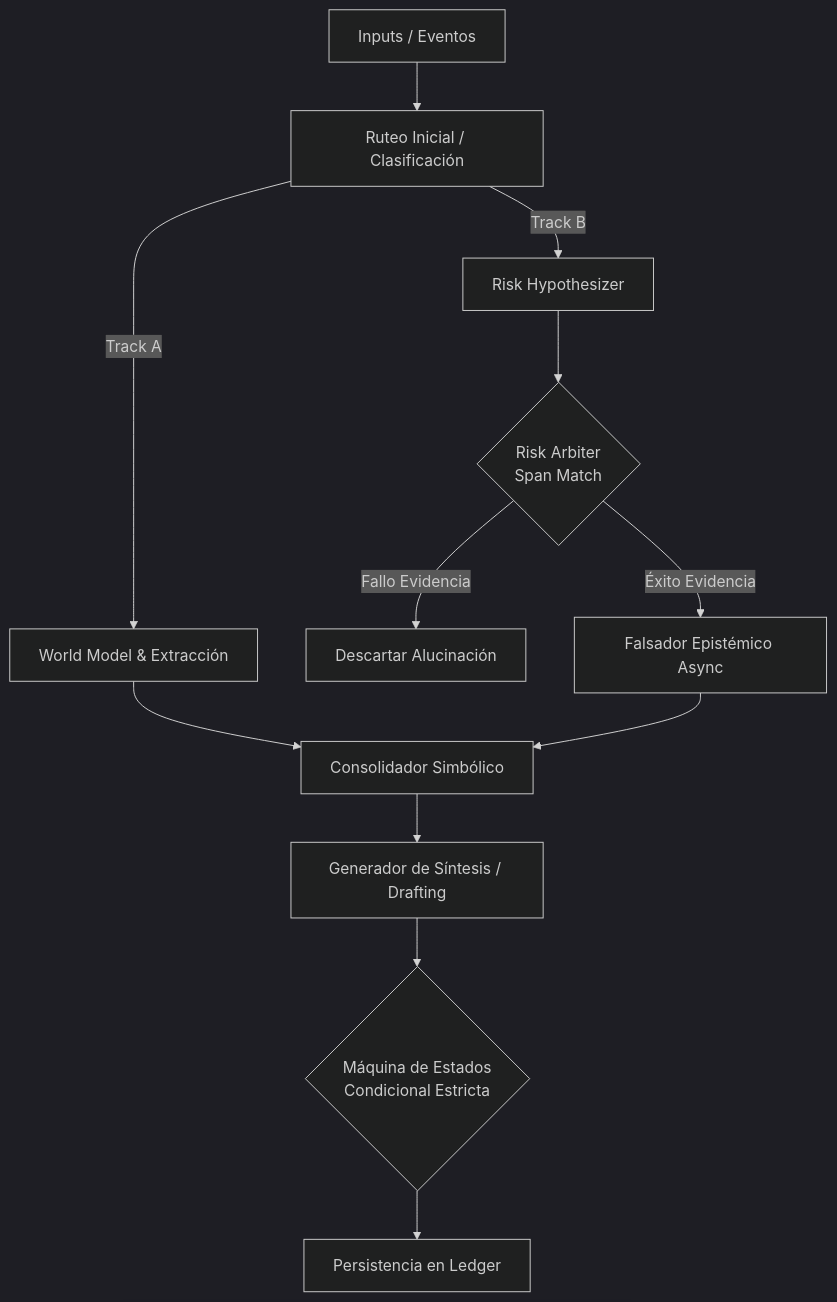
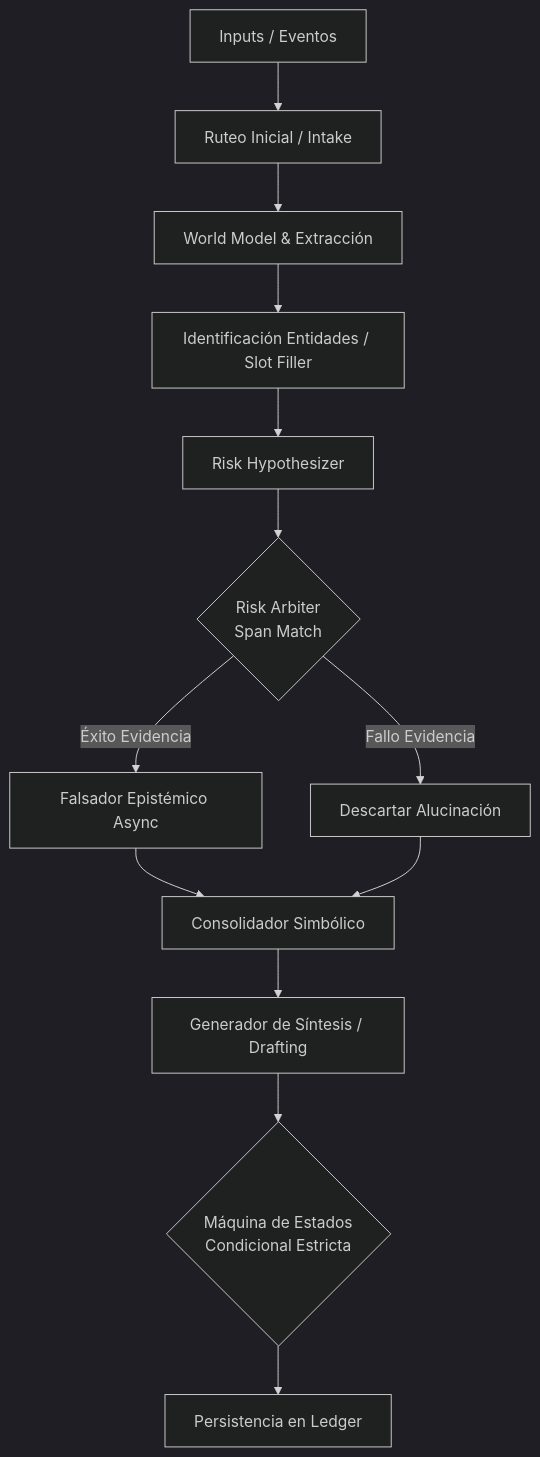
Before and after one commit to RafaRincon/SRE-Agentic: the diagram in docs/architecture/patron_neurosimbolico.md, drawn with Mermaid (dark theme). The commit also changed other lines of this file and 7 other files, not shown here.

````diff
--- a/docs/architecture/patron_neurosimbolico.md
+++ b/docs/architecture/patron_neurosimbolico.md
@@ -62,14 +62,15 @@
 ```mermaid
 graph TD
-    A[Inputs / Eventos] --> B[Ruteo Inicial / Clasificación]
-    B -->|Track A| C[World Model & Extracción]
-    B -->|Track B| D[Risk Hypothesizer]
+    A[Inputs / Eventos] --> B[Ruteo Inicial / Intake]
+    B --> C[World Model & Extracción]
+    C --> C2[Identificación Entidades / Slot Filler]
+    C2 --> D[Risk Hypothesizer]
     D --> E{Risk Arbiter\nSpan Match}
     E -->|Fallo Evidencia| F[Descartar Alucinación]
     E -->|Éxito Evidencia| G[Falsador Epistémico Async]
-    C --> H[Consolidador Simbólico]
-    G --> H
+    G --> H[Consolidador Simbólico]
+    F --> H
     H --> I[Generador de Síntesis / Drafting]
     I --> J{Máquina de Estados\nCondicional Estricta}
     J --> K[Persistencia en Ledger]
 ```
````
